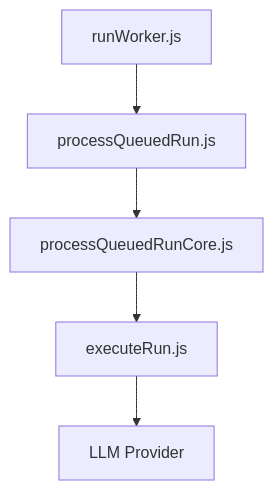
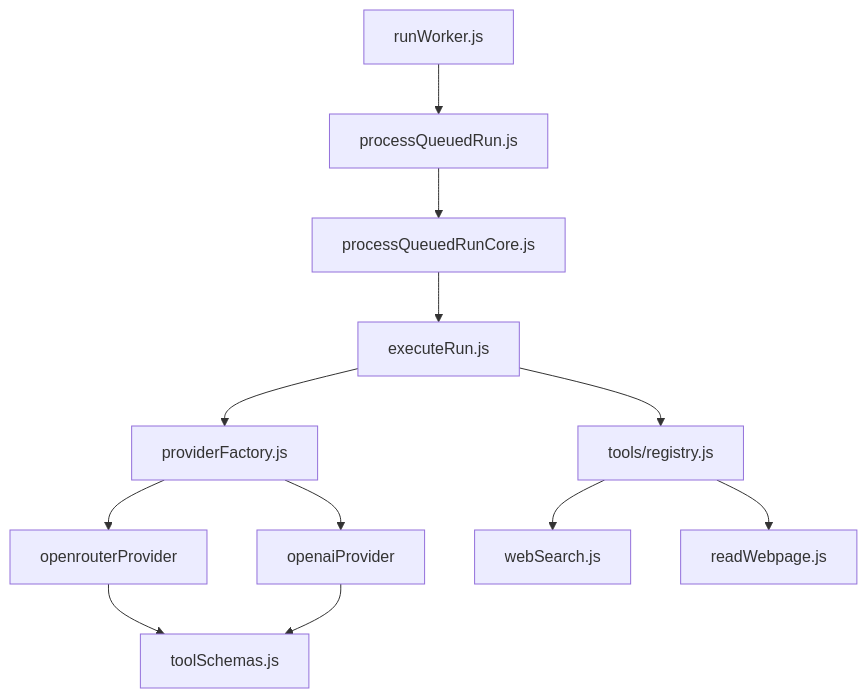
One commit to jhoepfner1310/selfmade-aI-agent changed the first of 2 diagrams in docs/architecture/worker.md. Above: the diagram before and after it, drawn with Mermaid. The commit also changed other lines of this file and 4 other files, not shown here.

First line of the commit message:
docs: update architecture documentation

````diff
--- a/docs/architecture/worker.md
+++ b/docs/architecture/worker.md
@@ -15,7 +15,14 @@
 ```mermaid
 flowchart TD
     runWorker[runWorker.js] --> processQueuedRun[processQueuedRun.js]
     processQueuedRun --> processQueuedRunCore[processQueuedRunCore.js]
     processQueuedRunCore --> executeRun[executeRun.js]
-    executeRun --> LLM[LLM Provider]
+    executeRun --> providerFactory[providerFactory.js]
+    executeRun --> registry[tools/registry.js]
+    providerFactory --> openrouter[openrouterProvider]
+    providerFactory --> openai[openaiProvider]
+    openrouter --> toolSchemas[toolSchemas.js]
+    openai --> toolSchemas
+    registry --> webSearch[webSearch.js]
+    registry --> readWebpage[readWebpage.js]
 ```
````
